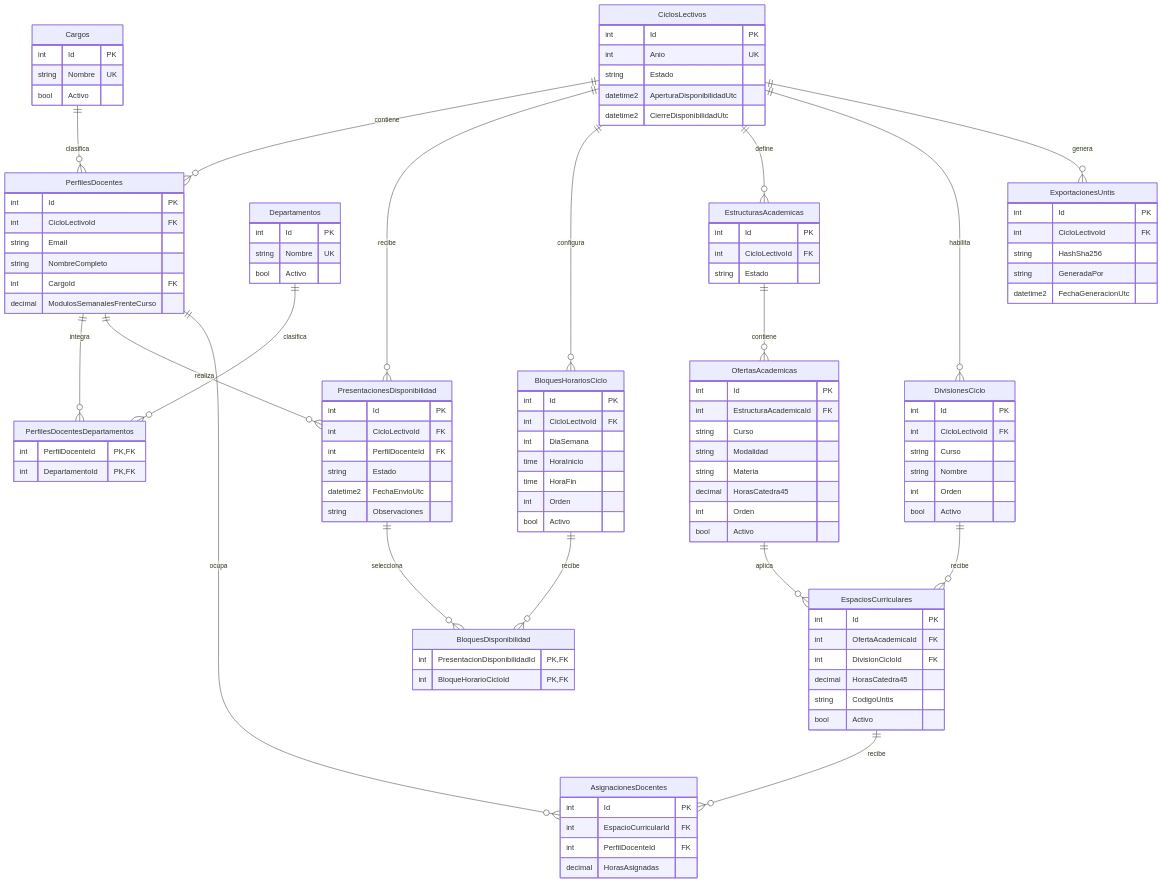
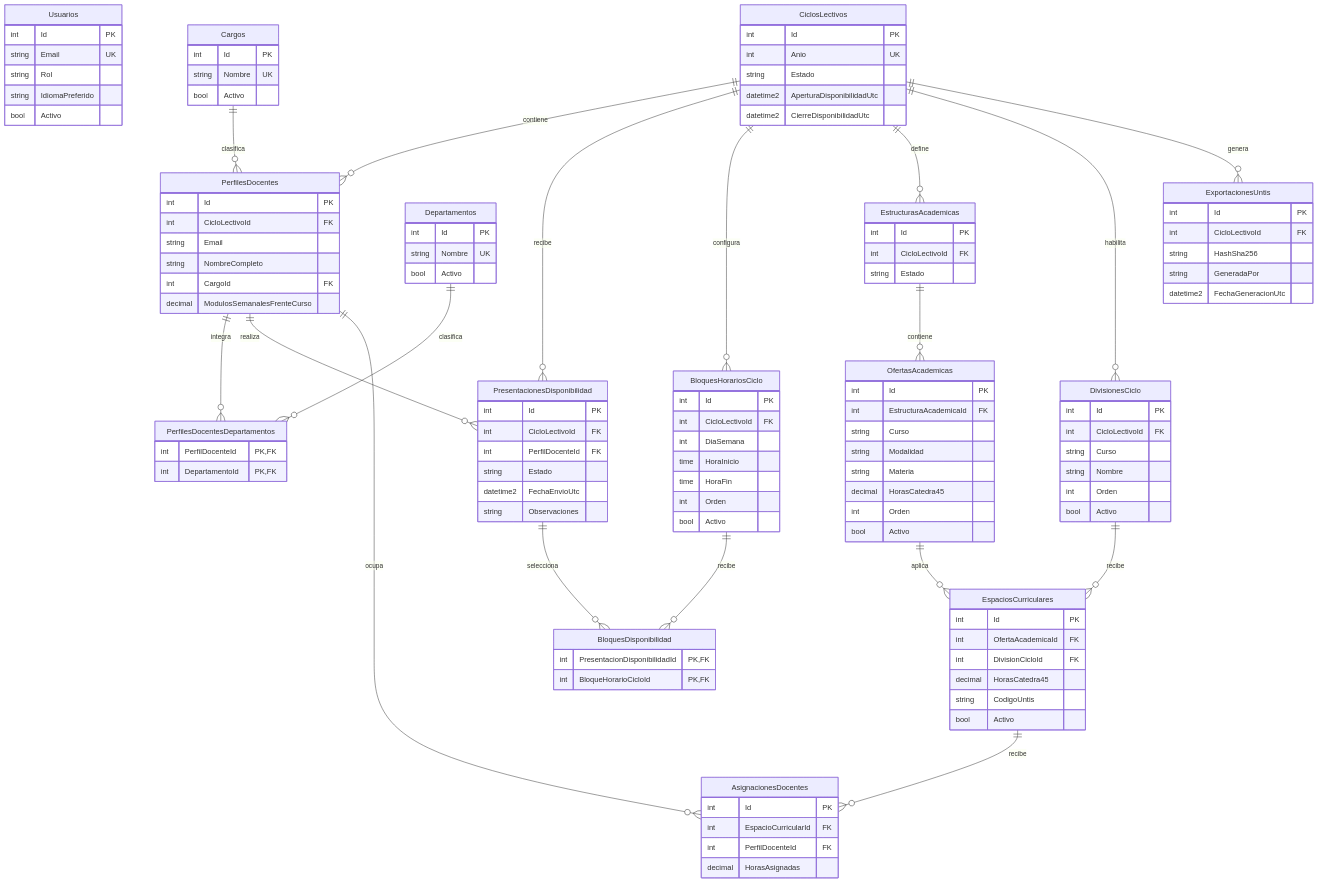
Before and after one commit to servicios-goethe/asignacion-academica: the diagram in docs/DER.md, drawn with Mermaid. The commit also changed other lines of this file and 12 other files, not shown here.

````diff
--- a/docs/DER.md
+++ b/docs/DER.md
@@ -5,5 +5,12 @@
 ```mermaid
 erDiagram
+    Usuarios {
+      int Id PK
+      string Email UK
+      string Rol
+      string IdiomaPreferido
+      bool Activo
+    }
     CiclosLectivos ||--o{ PerfilesDocentes : contiene
     PerfilesDocentes ||--o{ PerfilesDocentesDepartamentos : integra
     Departamentos ||--o{ PerfilesDocentesDepartamentos : clasifica
````
